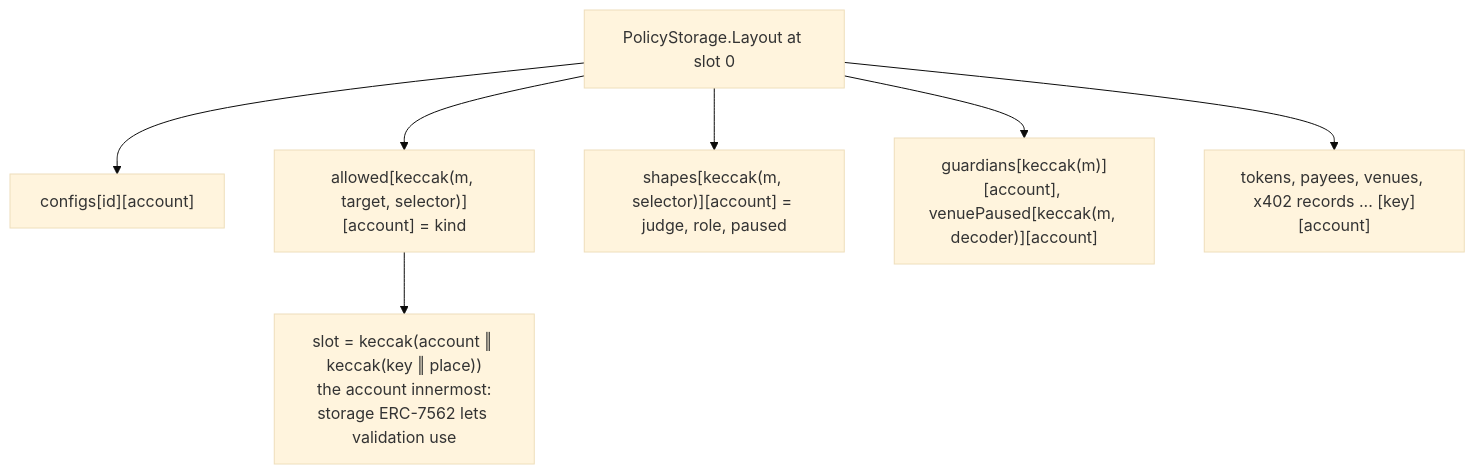
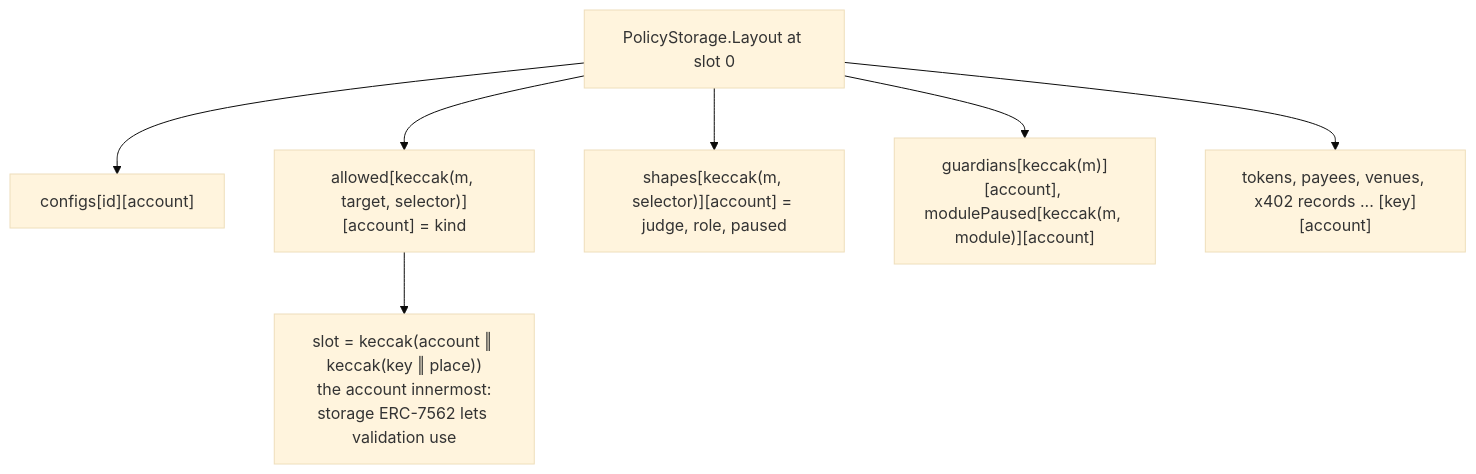
Before and after one commit to postcryptum-research/agent-keys: the fifth of 5 diagrams in docs/ARCHITECTURE.md, drawn with Mermaid (base theme). The commit also changed other lines of this file and 16 other files, not shown here.

````diff
--- a/docs/ARCHITECTURE.md
+++ b/docs/ARCHITECTURE.md
@@ -227,9 +236,9 @@
 ```mermaid
 flowchart TB
     L["PolicyStorage.Layout at slot 0"] --> C["configs[id][account]"]
     L --> A["allowed[keccak(m, target, selector)][account] = kind"]
     L --> S["shapes[keccak(m, selector)][account] = judge, role, paused"]
-    L --> GD["guardians[keccak(m)][account], venuePaused[keccak(m, decoder)][account]"]
+    L --> GD["guardians[keccak(m)][account], modulePaused[keccak(m, module)][account]"]
     L --> T["tokens, payees, venues, x402 records ... [key][account]"]
     A --> R["slot = keccak(account ‖ keccak(key ‖ place))<br/>the account innermost:<br/>storage ERC-7562 lets validation use"]
 ```
````
